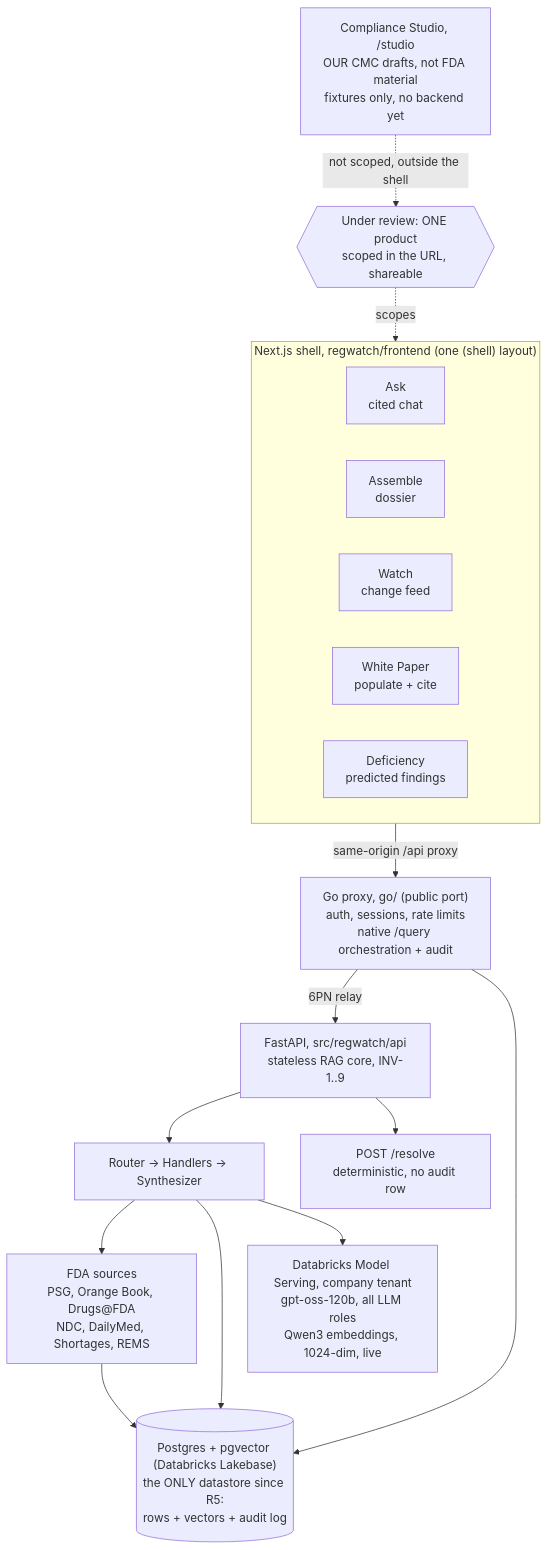
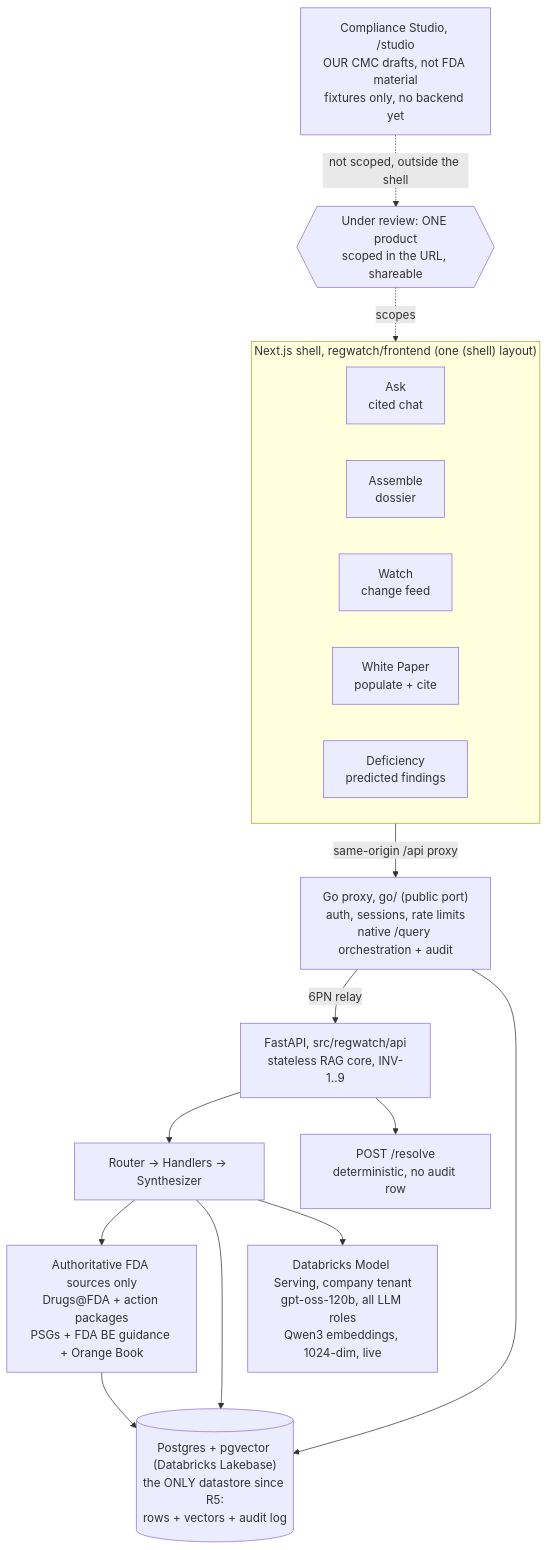
Before and after one commit to Hussain0327/amneal: the diagram in docs/MAP.md, drawn with Mermaid. The commit also changed other lines of this file and 88 other files, not shown here.

Commit message:
feat(corpus): add authoritative FDA-only pipeline

````diff
--- a/docs/MAP.md
+++ b/docs/MAP.md
@@ -20,25 +20,25 @@
 ```mermaid
 flowchart TB
   subgraph UI["Next.js shell, regwatch/frontend (one (shell) layout)"]
     direction LR
     Ask["Ask<br/>cited chat"]
     Assemble["Assemble<br/>dossier"]
     Watch["Watch<br/>change feed"]
     WP["White Paper<br/>populate + cite"]
     Def["Deficiency<br/>predicted findings"]
   end
   Studio["Compliance Studio, /studio<br/>OUR CMC drafts, not FDA material<br/>fixtures only, no backend yet"]
   Scope{{"Under review: ONE product<br/>scoped in the URL, shareable"}}
   Scope -.scopes.-> UI
   Studio -.->|"not scoped, outside the shell"| Scope
 
   UI -->|"same-origin /api proxy"| EDGE["Go proxy, go/ (public port)<br/>auth, sessions, rate limits<br/>native /query orchestration + audit"]
   EDGE -->|"6PN relay"| API["FastAPI, src/regwatch/api<br/>stateless RAG core, INV-1..9"]
   API --> Router["Router -> Handlers -> Synthesizer"]
   API --> Resolve["POST /resolve<br/>deterministic, no audit row"]
-  Router --> Sources["FDA sources<br/>PSG, Orange Book, Drugs@FDA<br/>NDC, DailyMed, Shortages, REMS"]
+  Router --> Sources["Authoritative FDA sources only<br/>Drugs@FDA + action packages<br/>PSGs + FDA BE guidance + Orange Book"]
   Router --> Stores[("Postgres + pgvector (Databricks Lakebase)<br/>the ONLY datastore since R5:<br/>rows + vectors + audit log")]
   EDGE --> Stores
   Sources --> Stores
   Router --> DBX["Databricks Model Serving, company tenant<br/>gpt-oss-120b, all LLM roles<br/>Qwen3 embeddings, 1024-dim, live"]
 ```
````
